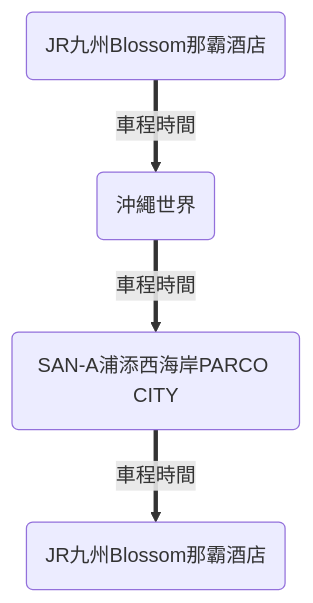
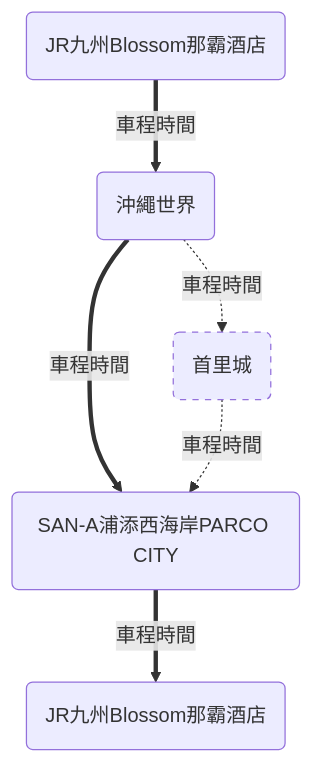
The fifth of 6 diagrams in docs/blog/posts/okinawa/okinawa-2024-12/okinawa-2024-12.md (wilder640/trip), drawn with Mermaid before and after one commit. The commit also changed other lines of this file and 3 other files, not shown here.

````diff
--- a/docs/blog/posts/okinawa/okinawa-2024-12/okinawa-2024-12.md
+++ b/docs/blog/posts/okinawa/okinawa-2024-12/okinawa-2024-12.md
@@ -198,4 +195,13 @@
 ``` mermaid
 graph TD
-  A(JR九州Blossom那霸酒店) == 車程時間 ==> B(沖繩世界) == 車程時間 ==> C(SAN-A浦添西海岸PARCO CITY) == 車程時間 ==> D(JR九州Blossom那霸酒店)
+A == 車程時間 ==>  B == 車程時間 ==> C == 車程時間 ==> D
+B-. 車程時間 .->E:::optional -. 車程時間 .->C
+
+A(JR九州Blossom那霸酒店)
+B(沖繩世界)
+C(SAN-A浦添西海岸PARCO CITY)
+D(JR九州Blossom那霸酒店)
+E(首里城)
+
+classDef optional  stroke-dasharray: 5 5
 ```
````
